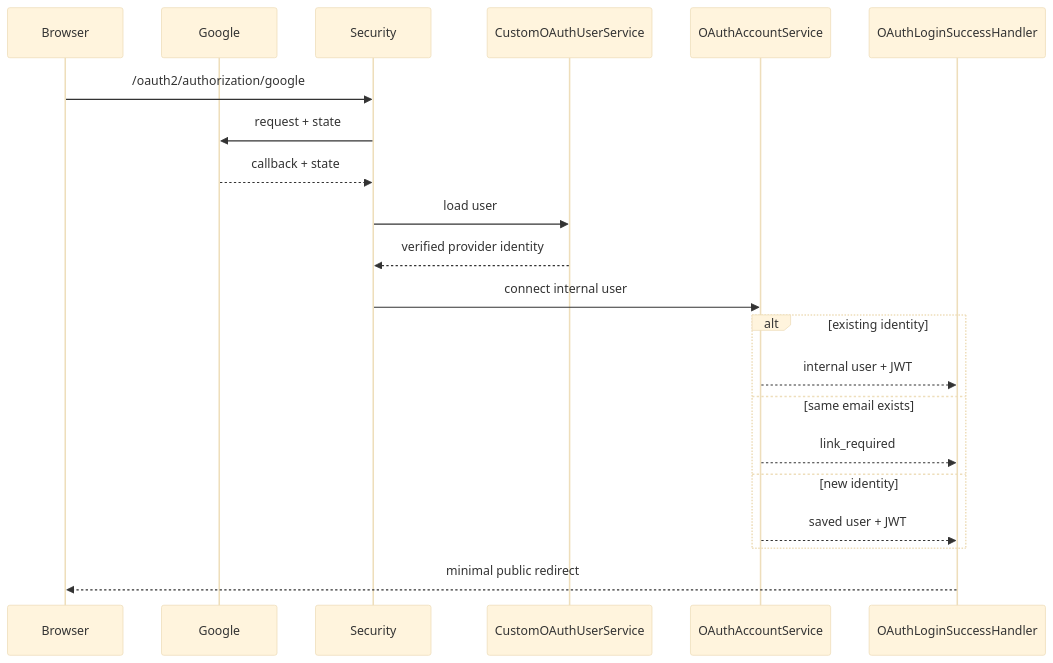
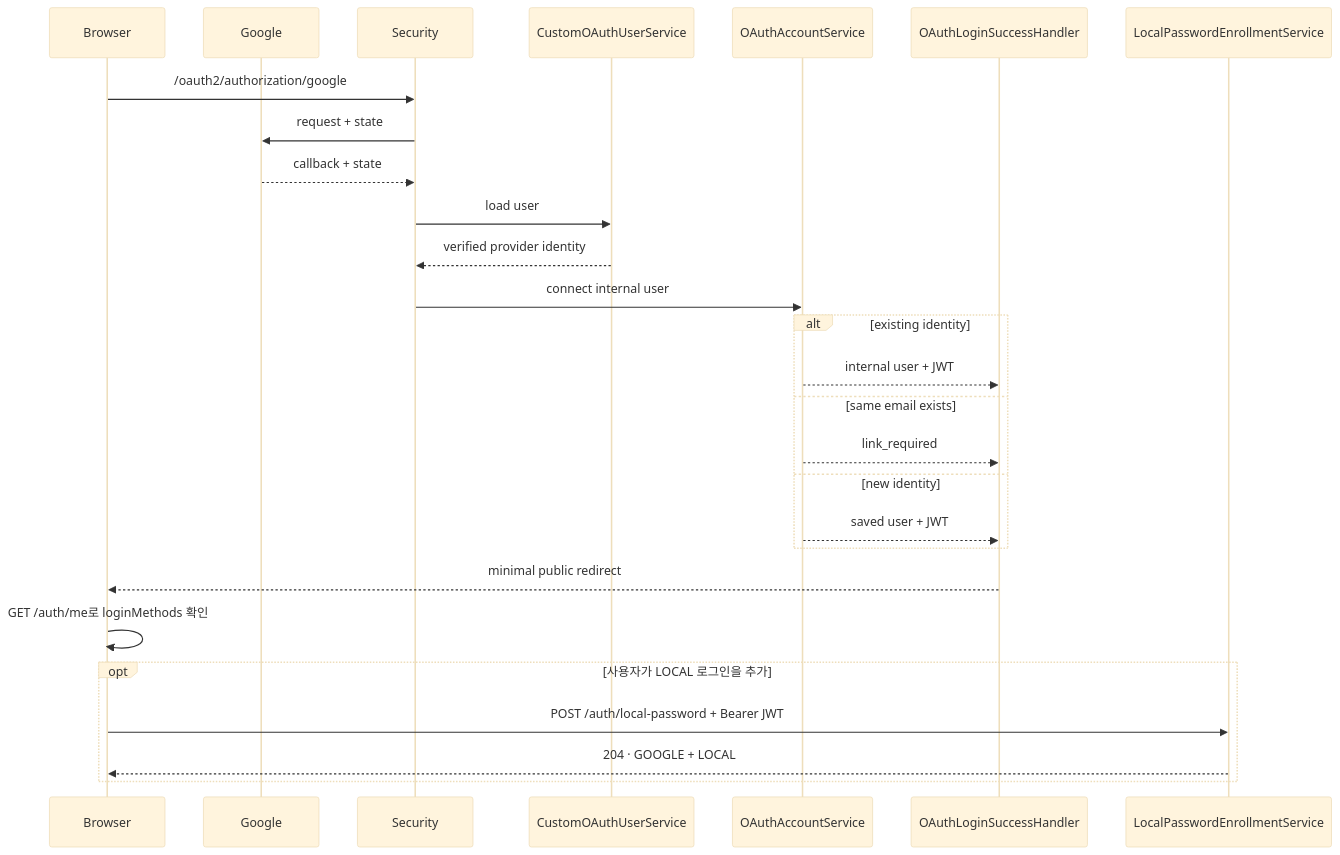
The first of 2 diagrams in docs/theory.md (stdiodh/spring-boot-db-access-lab), drawn with Mermaid (base theme) before and after one commit. The commit also changed other lines of this file and 30 other files, not shown here.

First line of the commit message:
feat(auth): OAuth LOCAL 자격 등록 추가

````diff
--- a/docs/theory.md
+++ b/docs/theory.md
@@ -66,24 +73,30 @@
 ```mermaid
 sequenceDiagram
     participant Browser
     participant Google
     participant Security
     participant Profile as CustomOAuthUserService
     participant Account as OAuthAccountService
     participant Handler as OAuthLoginSuccessHandler
+    participant Local as LocalPasswordEnrollmentService
 
     Browser->>Security: /oauth2/authorization/google
     Security->>Google: request + state
     Google-->>Security: callback + state
     Security->>Profile: load user
     Profile-->>Security: verified provider identity
     Security->>Account: connect internal user
     alt existing identity
         Account-->>Handler: internal user + JWT
     else same email exists
         Account-->>Handler: link_required
     else new identity
         Account-->>Handler: saved user + JWT
     end
     Handler-->>Browser: minimal public redirect
+    Browser->>Browser: GET /auth/me로 loginMethods 확인
+    opt 사용자가 LOCAL 로그인을 추가
+        Browser->>Local: POST /auth/local-password + Bearer JWT
+        Local-->>Browser: 204 · GOOGLE + LOCAL
+    end
 ```
````
